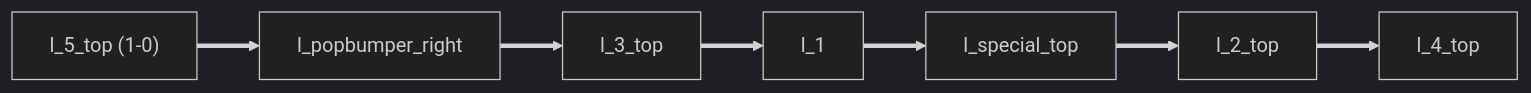
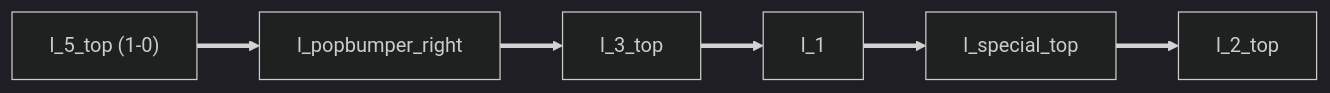
Before and after one commit to kevinclement/sureshot: the first of 4 diagrams in lights-sequence.md, drawn with Mermaid (dark theme). The commit also changed other lines of this file, not shown here.

````diff
--- a/lights-sequence.md
+++ b/lights-sequence.md
@@ -12,4 +12,4 @@
 ```mermaid
     flowchart LR
-        A["l_5_top (1-0)"] ==> B["l_popbumper_right"] ==> C["l_3_top"] ==> D["l_1"] ==> E["l_special_top"] ==> F["l_2_top"] ==> G["l_4_top"]
+        A["l_5_top (1-0)"] ==> B["l_popbumper_right"] ==> C["l_3_top"] ==> D["l_1"] ==> E["l_special_top"] ==> F["l_2_top"]
 ```
````
